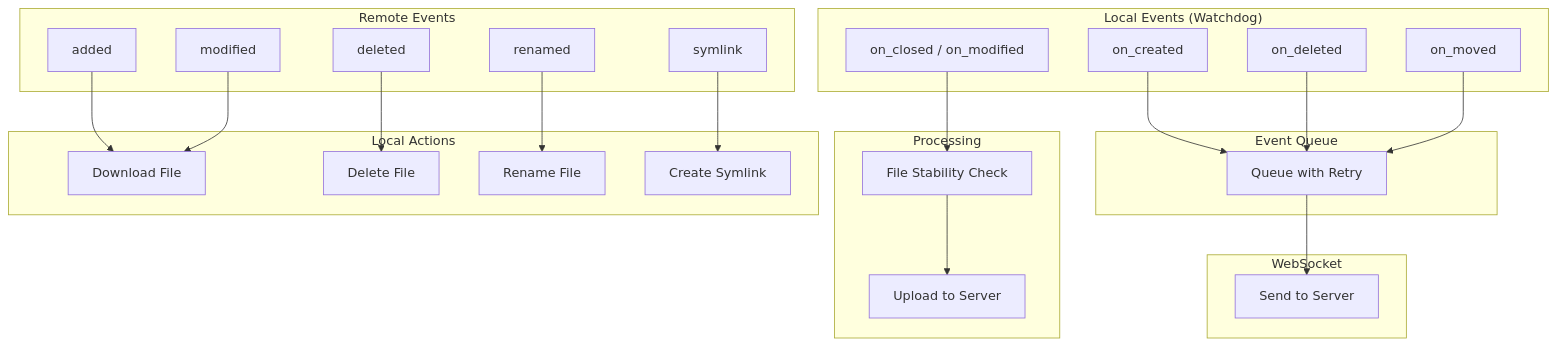
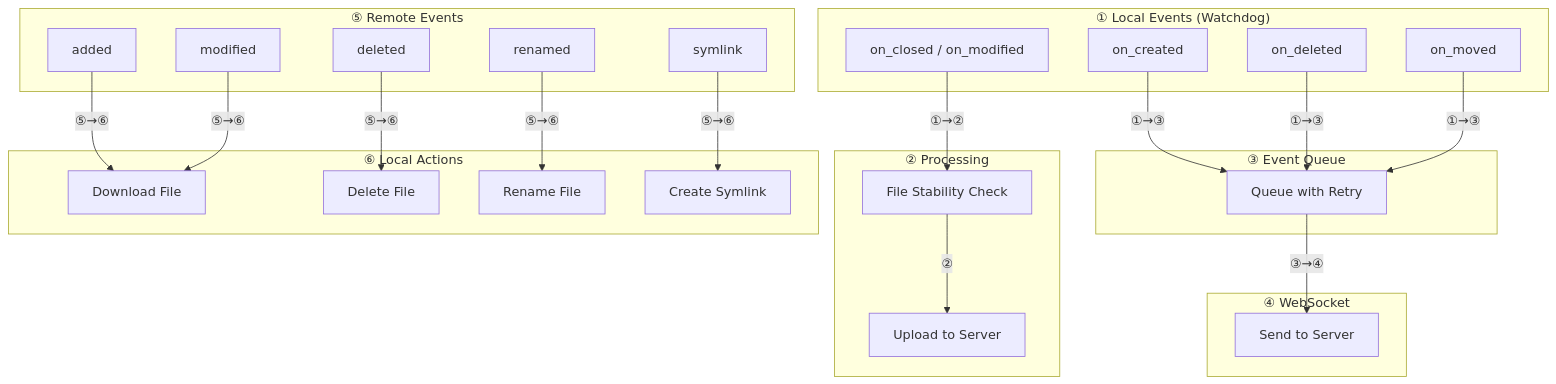
Before and after one commit to albertsdk/hsync-client: the fifth of 8 diagrams in docs/architecture.md, drawn with Mermaid. The commit also changed other lines of this file and 21 other files, not shown here.

First line of the commit message:
Add numbered phases to documentation diagrams

````diff
--- a/docs/architecture.md
+++ b/docs/architecture.md
@@ -156,50 +157,50 @@
 ```mermaid
 flowchart TD
-    subgraph "Local Events (Watchdog)"
+    subgraph "① Local Events (Watchdog)"
         L1[on_created]
         L2[on_closed / on_modified]
         L3[on_deleted]
         L4[on_moved]
     end
 
-    subgraph "Processing"
+    subgraph "② Processing"
         STABLE[File Stability Check]
         UPLOAD[Upload to Server]
     end
 
-    subgraph "Event Queue"
+    subgraph "③ Event Queue"
         Q[Queue with Retry]
     end
 
-    subgraph "WebSocket"
+    subgraph "④ WebSocket"
         WS[Send to Server]
     end
 
-    L1 --> Q
-    L2 --> STABLE
-    STABLE --> UPLOAD
-    L3 --> Q
-    L4 --> Q
-    Q --> WS
+    L1 -->|"①→③"| Q
+    L2 -->|"①→②"| STABLE
+    STABLE -->|"②"| UPLOAD
+    L3 -->|"①→③"| Q
+    L4 -->|"①→③"| Q
+    Q -->|"③→④"| WS
 
-    subgraph "Remote Events"
+    subgraph "⑤ Remote Events"
         R1[added]
         R2[modified]
         R3[deleted]
         R4[renamed]
         R5[symlink]
     end
 
-    subgraph "Local Actions"
+    subgraph "⑥ Local Actions"
         A1[Download File]
         A2[Delete File]
         A3[Rename File]
         A4[Create Symlink]
     end
 
-    R1 --> A1
-    R2 --> A1
-    R3 --> A2
-    R4 --> A3
-    R5 --> A4
+    R1 -->|"⑤→⑥"| A1
+    R2 -->|"⑤→⑥"| A1
+    R3 -->|"⑤→⑥"| A2
+    R4 -->|"⑤→⑥"| A3
+    R5 -->|"⑤→⑥"| A4
 ```
````
